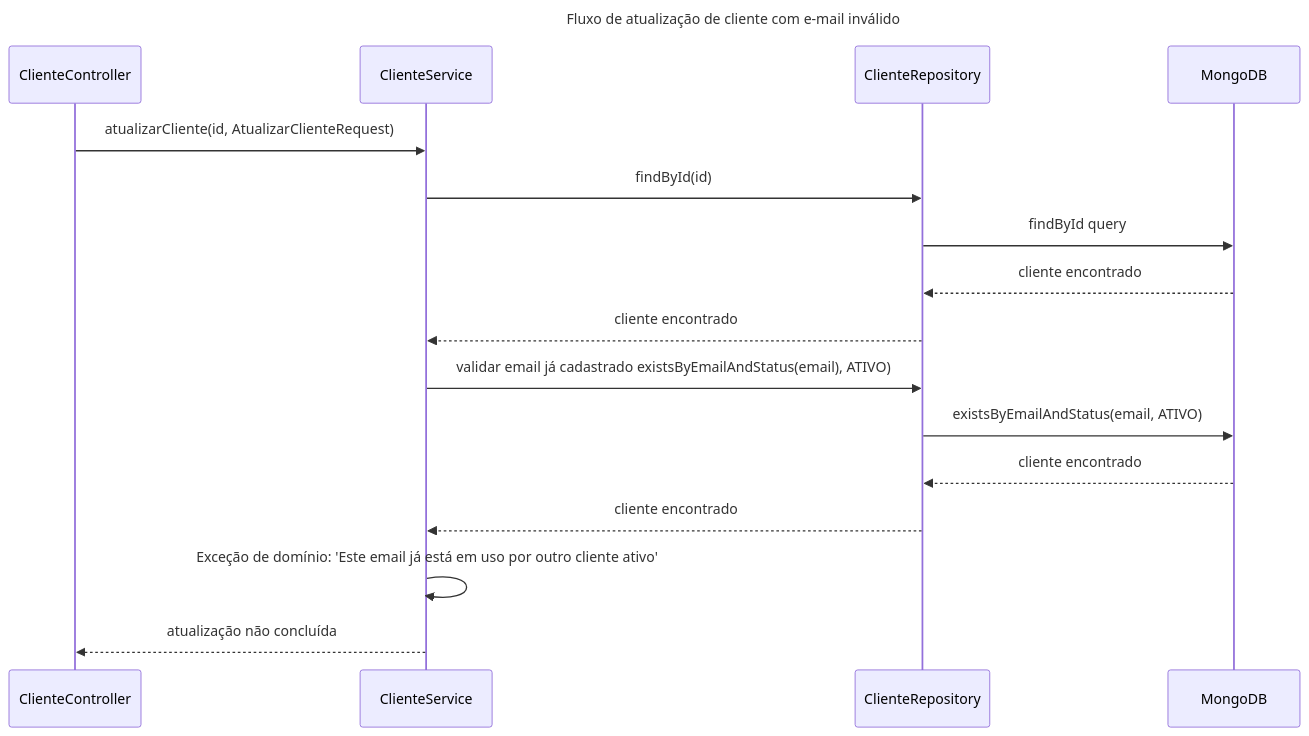
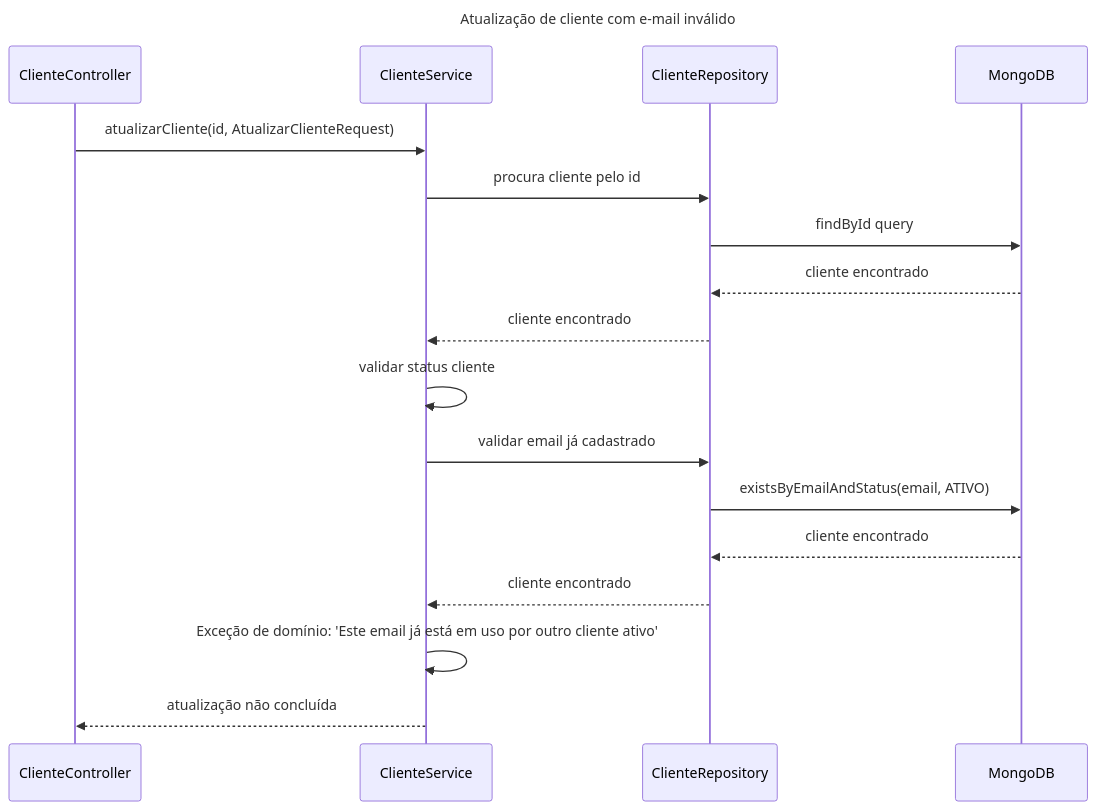
The third of 3 diagrams in .doc/c4/nivel-4/AtualizacaoCliente.md (thiagosv/ms-cliente-mvc), drawn with Mermaid before and after one commit. The commit also changed other lines of this file, not shown here.

Commit message:
C4: Nivel 4 do fluxo de atualização de cliente.

````diff
--- a/.doc/c4/nivel-4/AtualizacaoCliente.md
+++ b/.doc/c4/nivel-4/AtualizacaoCliente.md
@@ -56,22 +56,23 @@
 ```mermaid
 ---
-title: Fluxo de atualização de cliente com e-mail inválido
+title: Atualização de cliente com e-mail inválido
 ---
 sequenceDiagram
     participant CC as ClienteController
     participant CS as ClienteService
     participant CR as ClienteRepository
     participant M as MongoDB
 
     CC->>CS: atualizarCliente(id, AtualizarClienteRequest)
-    CS->>CR: findById(id)
+    CS->>CR: procura cliente pelo id
     CR->>M: findById query
     M-->>CR: cliente encontrado
     CR-->>CS: cliente encontrado
-    CS->>CR: validar email já cadastrado existsByEmailAndStatus(email), ATIVO)
+    CS->>CS: validar status cliente
+    CS->>CR: validar email já cadastrado
     CR->>M: existsByEmailAndStatus(email, ATIVO)
     M-->>CR: cliente encontrado
     CR-->>CS: cliente encontrado
     CS->>CS: Exceção de domínio: 'Este email já está em uso por outro cliente ativo'
     CS-->>CC: atualização não concluída
 ```
````
